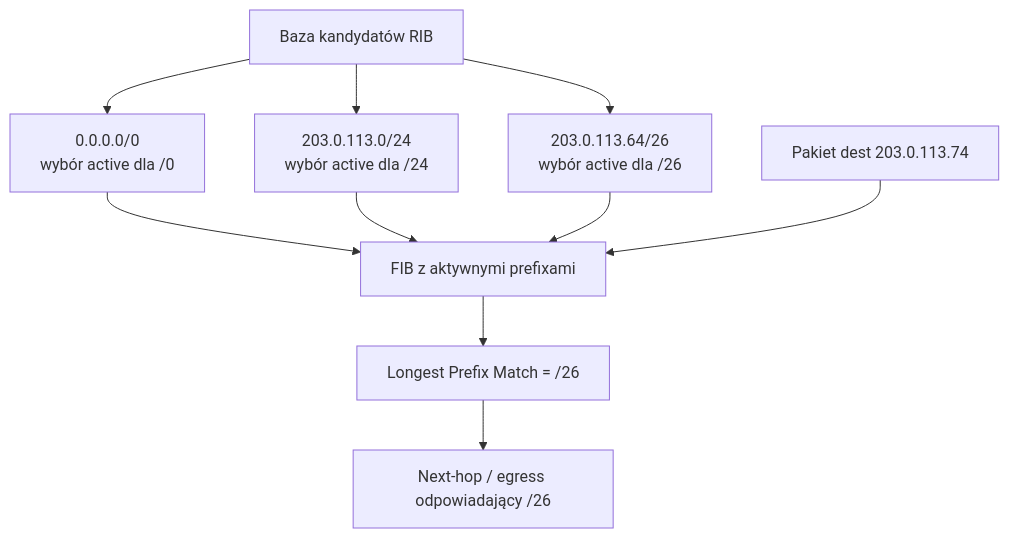
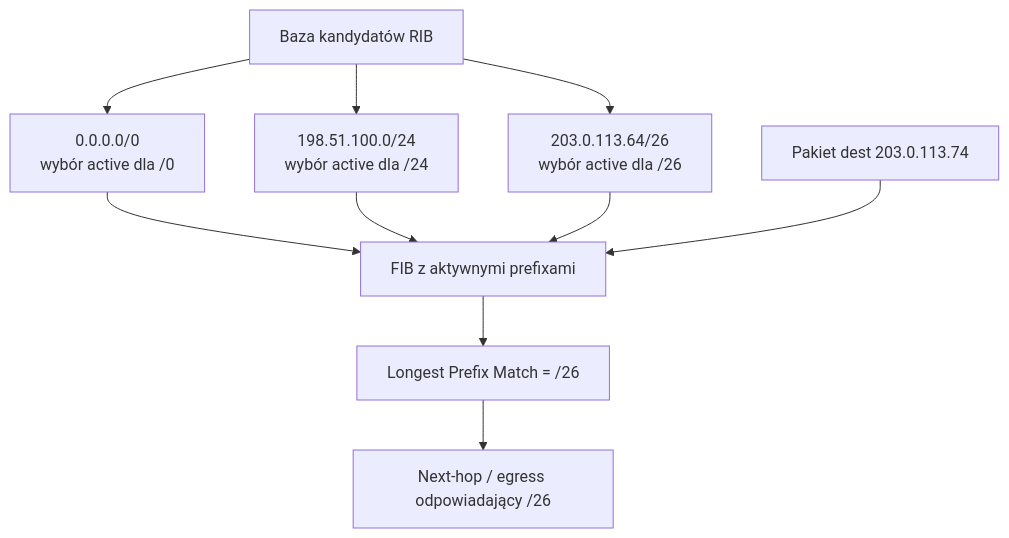
The fifth of 9 diagrams in docs/chapters/JUNOS_Rozdzial_06_Routing_Fundamentals.md (nelto79/jncip), drawn with Mermaid before and after one commit. The commit also changed other lines of this file, not shown here.

```diff
--- a/docs/chapters/JUNOS_Rozdzial_06_Routing_Fundamentals.md
+++ b/docs/chapters/JUNOS_Rozdzial_06_Routing_Fundamentals.md
@@ -380,12 +380,12 @@
 ~~~mermaid
 flowchart TD
   C["Baza kandydatów RIB"] --> P0["0.0.0.0/0\nwybór active dla /0"]
-  C --> P24["203.0.113.0/24\nwybór active dla /24"]
+  C --> P24["198.51.100.0/24\nwybór active dla /24"]
   C --> P26["203.0.113.64/26\nwybór active dla /26"]
   P0 --> F["FIB z aktywnymi prefixami"]
   P24 --> F
   P26 --> F
   D["Pakiet dest 203.0.113.74"] --> F
   F --> LPM["Longest Prefix Match = /26"]
   LPM --> NH["Next-hop / egress odpowiadający /26"]
 ~~~
```
